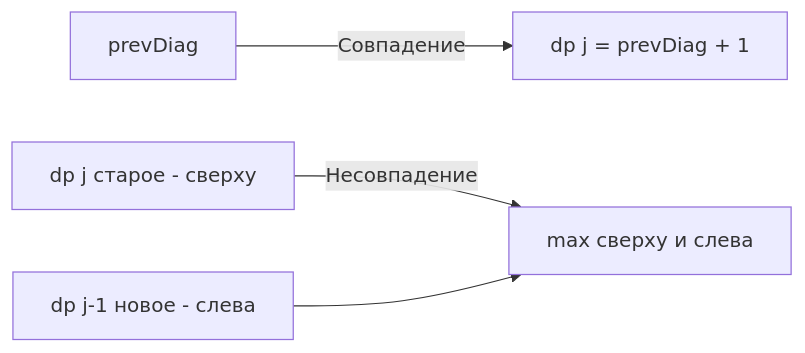
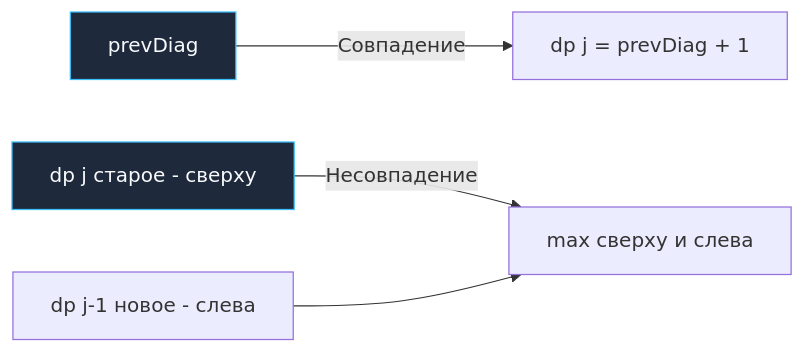
The diagram in sources/21. Задачи с LeetCode и собеседований на Go/02. Задачи/20. Динамическое программирование на строках/3. Longest Common Subsequence.md (UnrealTemplier/go-textbook), drawn with Mermaid before and after one commit. The commit also changed 1666 other files, not shown here.

First line of the commit message:
feat(mermaid): add semantic color classDef to 1369 colorless flowchart/graph diagrams

````diff
--- a/sources/21. Задачи с LeetCode и собеседований на Go/02. Задачи/20. Динамическое программирование на строках/3. Longest Common Subsequence.md
+++ b/sources/21. Задачи с LeetCode и собеседований на Go/02. Задачи/20. Динамическое программирование на строках/3. Longest Common Subsequence.md
@@ -56,6 +56,16 @@
 ```mermaid
 flowchart LR
-    A["prevDiag"] -->|"Совпадение"| B["dp j = prevDiag + 1"]
-    C["dp j старое - сверху"] -->|"Несовпадение"| D["max сверху и слева"]
+    classDef process  fill:#1e293b,stroke:#38bdf8,stroke-width:1px,color:#f8fafc
+    classDef success  fill:#064e3b,stroke:#34d399,stroke-width:1px,color:#f8fafc
+    classDef error    fill:#7f1d1d,stroke:#f87171,stroke-width:1px,color:#f8fafc
+    classDef warning  fill:#78350f,stroke:#fbbf24,stroke-width:1px,color:#f8fafc
+    classDef entry    fill:#1e3a5f,stroke:#38bdf8,stroke-width:2px,color:#f8fafc
+    classDef aux      fill:#334155,stroke:#64748b,stroke-width:1px,color:#f8fafc
+    classDef system   fill:#312e81,stroke:#a78bfa,stroke-width:1px,color:#f8fafc
+    classDef data     fill:#132d29,stroke:#2dd4bf,stroke-width:1px,color:#f8fafc
+    classDef network  fill:#881337,stroke:#fb7185,stroke-width:1px,color:#f8fafc
+    classDef accent   fill:#1e1b4b,stroke:#818cf8,stroke-width:1px,color:#f8fafc
+    A["prevDiag"]:::process -->|"Совпадение"| B["dp j = prevDiag + 1"]
+    C["dp j старое - сверху"]:::process -->|"Несовпадение"| D["max сверху и слева"]
     E["dp j-1 новое - слева"] --> D
 ```
````
